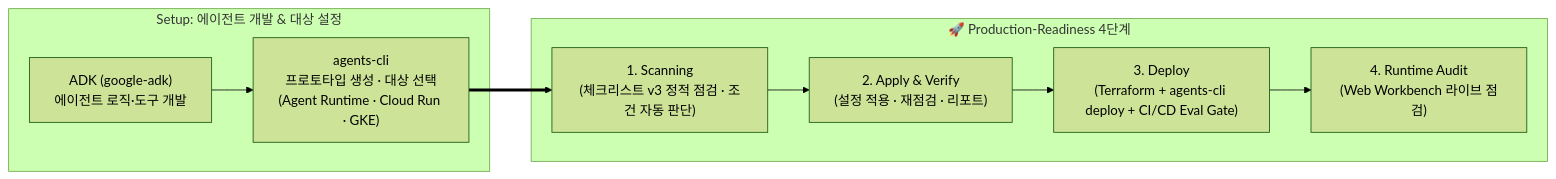
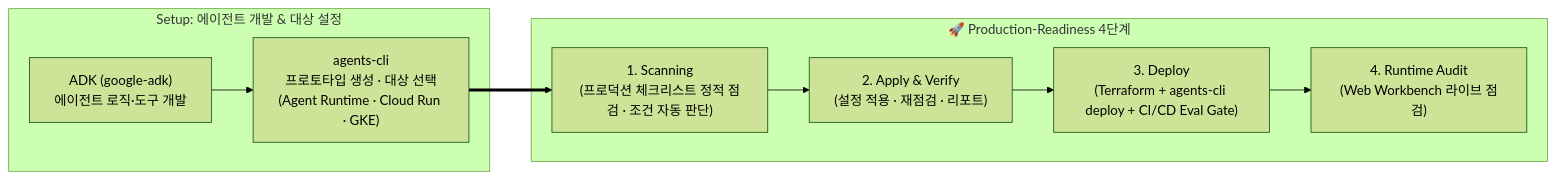
One commit to kiwonilee/production-ready-agent-platform changed the first of 2 diagrams in README.md. Above: the diagram before and after it, drawn with Mermaid (forest theme). The commit also changed other lines of this file and 20 other files, not shown here.

````diff
--- a/README.md
+++ b/README.md
@@ -33,18 +33,18 @@
 ```mermaid
 flowchart LR
     subgraph Day0_1["Setup: 에이전트 개발 & 대상 설정"]
         ADK["ADK (google-adk)<br/>에이전트 로직·도구 개발"]
         ACLI["agents-cli<br/>프로토타입 생성 · 대상 선택<br/>(Agent Runtime · Cloud Run · GKE)"]
         ADK --> ACLI
     end
 
     subgraph Readiness["🚀 Production-Readiness 4단계"]
-        S1["1. Scanning<br/>(체크리스트 v3 정적 점검 · 조건 자동 판단)"]
+        S1["1. Scanning<br/>(프로덕션 체크리스트 정적 점검 · 조건 자동 판단)"]
         S2["2. Apply & Verify<br/>(설정 적용 · 재점검 · 리포트)"]
         S3["3. Deploy<br/>(Terraform + agents-cli deploy + CI/CD Eval Gate)"]
         S4["4. Runtime Audit<br/>(Web Workbench 라이브 점검)"]
         S1 --> S2 --> S3 --> S4
     end
 
     ACLI ==> S1
 ```
````
